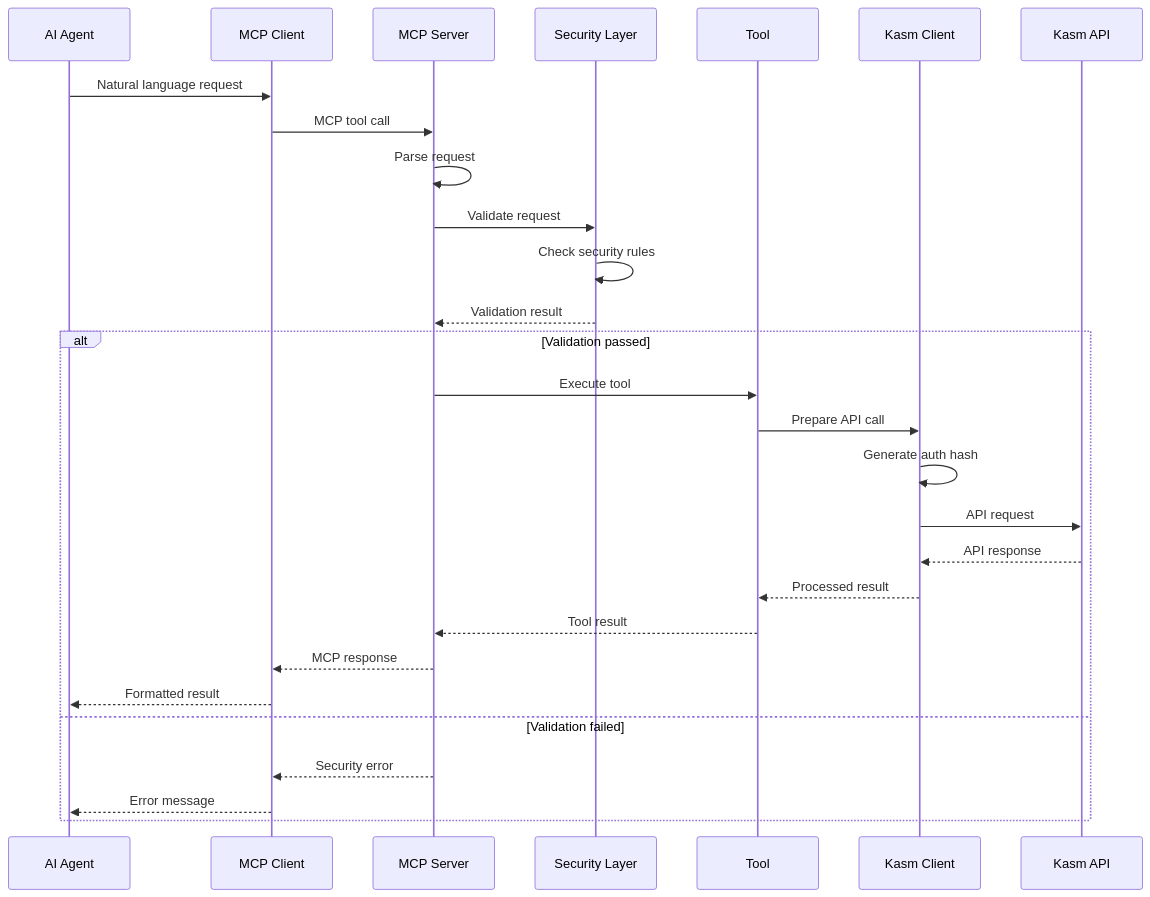
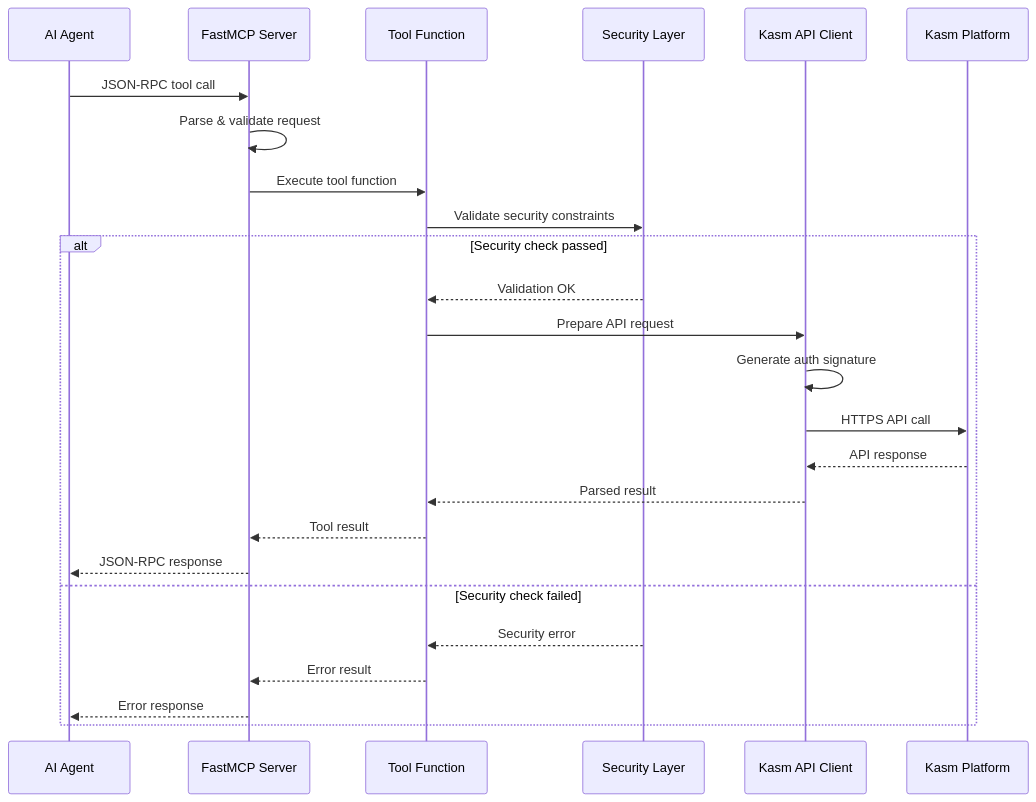
One commit to roguedev-ai/kasm-mcp-server-v2 changed the second of 4 diagrams in ARCHITECTURE.md. Above: the diagram before and after it, drawn with Mermaid. The commit also changed other lines of this file and 6 other files, not shown here.

First line of the commit message:
Add kasm-mcp-server-v2 project directory

````diff
--- a/ARCHITECTURE.md
+++ b/ARCHITECTURE.md
@@ -129,32 +155,29 @@
 ```mermaid
 sequenceDiagram
     participant AI as AI Agent
-    participant MC as MCP Client
-    participant MS as MCP Server
-    participant SL as Security Layer
-    participant TL as Tool
-    participant KC as Kasm Client
-    participant KA as Kasm API
+    participant MCP as FastMCP Server
+    participant Tool as Tool Function
+    participant Sec as Security Layer
+    participant API as Kasm API Client
+    participant Kasm as Kasm Platform
 
-    AI->>MC: Natural language request
-    MC->>MS: MCP tool call
-    MS->>MS: Parse request
-    MS->>SL: Validate request
-    SL->>SL: Check security rules
-    SL-->>MS: Validation result
+    AI->>MCP: JSON-RPC tool call
+    MCP->>MCP: Parse & validate request
+    MCP->>Tool: Execute tool function
+    Tool->>Sec: Validate security constraints
     
-    alt Validation passed
-        MS->>TL: Execute tool
-        TL->>KC: Prepare API call
-        KC->>KC: Generate auth hash
-        KC->>KA: API request
-        KA-->>KC: API response
-        KC-->>TL: Processed result
-        TL-->>MS: Tool result
-        MS-->>MC: MCP response
-        MC-->>AI: Formatted result
-    else Validation failed
-        MS-->>MC: Security error
-        MC-->>AI: Error message
+    alt Security check passed
+        Sec-->>Tool: Validation OK
+        Tool->>API: Prepare API request
+        API->>API: Generate auth signature
+        API->>Kasm: HTTPS API call
+        Kasm-->>API: API response
+        API-->>Tool: Parsed result
+        Tool-->>MCP: Tool result
+        MCP-->>AI: JSON-RPC response
+    else Security check failed
+        Sec-->>Tool: Security error
+        Tool-->>MCP: Error result
+        MCP-->>AI: Error response
     end
 ```
````
